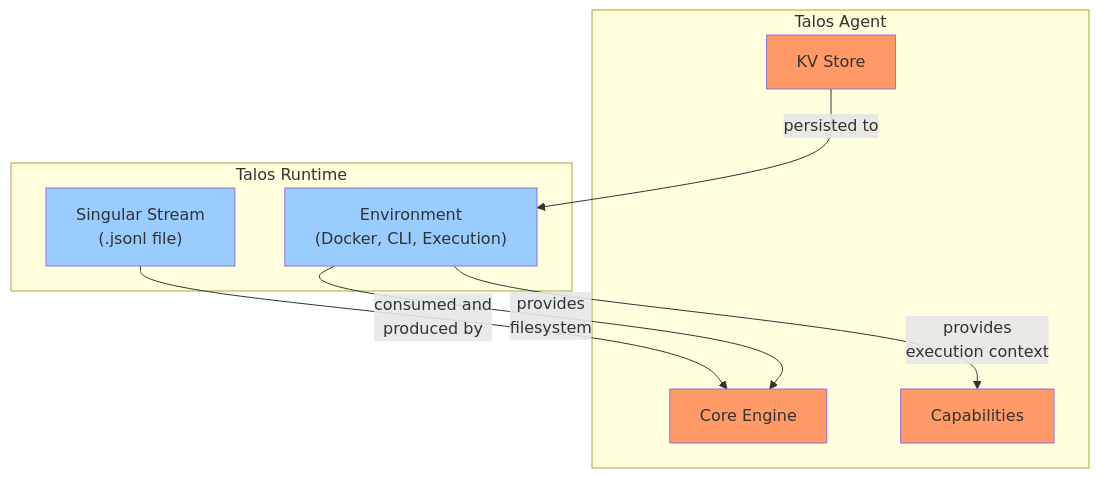
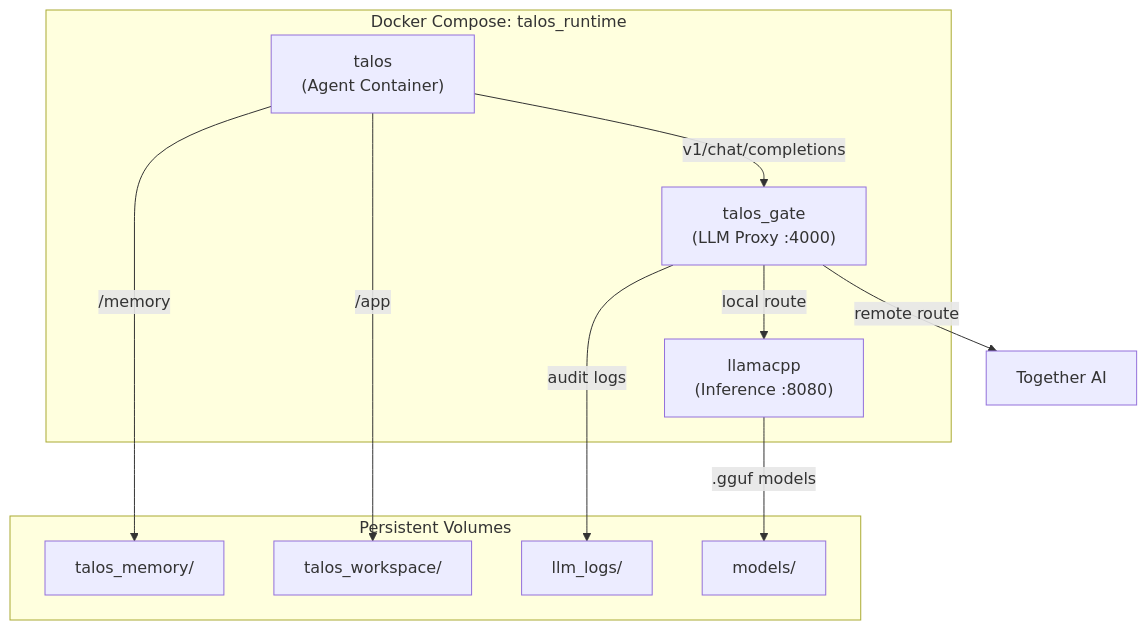
Before and after one commit to Redna/talos_runtime: the sixth of 7 diagrams in docs/ARCHITECTURE.md, drawn with Mermaid. The commit also changed other lines of this file, not shown here.

Commit message:
Add runtime sections 7-10: Runtime Architecture, Watchdog, Gate, Containment

````diff
--- a/docs/ARCHITECTURE.md
+++ b/docs/ARCHITECTURE.md
@@ -234,24 +257,22 @@
 ```mermaid
 graph TB
-    subgraph "Talos Runtime"
-        E["Environment<br/>(Docker, CLI, Execution)"]
-        S["Singular Stream<br/>(.jsonl file)"]
+    subgraph "Docker Compose: talos_runtime"
+        TALOS["talos<br/>(Agent Container)"]
+        GATE["talos_gate<br/>(LLM Proxy :4000)"]
+        LLAMACPP["llamacpp<br/>(Inference :8080)"]
     end
-    
-    subgraph "Talos Agent"
-        C["Core Engine"]
-        M["Capabilities"]
-        K["KV Store"]
+    subgraph "Persistent Volumes"
+        MEM["talos_memory/"]
+        WS["talos_workspace/"]
+        LOGS["llm_logs/"]
+        MODELS["models/"]
     end
-    
-    E -->|"provides<br/>filesystem"| C
-    E -->|"provides<br/>execution context"| M
-    S -->|"consumed and<br/>produced by"| C
-    K -->|"persisted to"| E
-    
-    style C fill:#f96
-    style M fill:#f96
-    style K fill:#f96
-    style E fill:#9cf
-    style S fill:#9cf
+
+    TALOS -->|"v1/chat/completions"| GATE
+    TALOS -->|"/memory"| MEM
+    TALOS -->|"/app"| WS
+    GATE -->|"local route"| LLAMACPP
+    GATE -->|"remote route"| TOGETHER["Together AI"]
+    GATE -->|"audit logs"| LOGS
+    LLAMACPP -->|".gguf models"| MODELS
 ```
````
